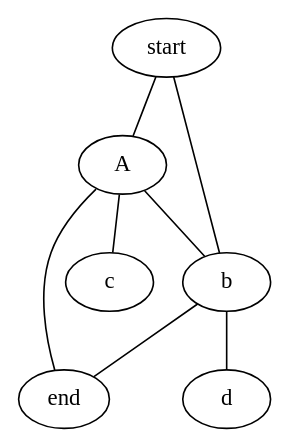
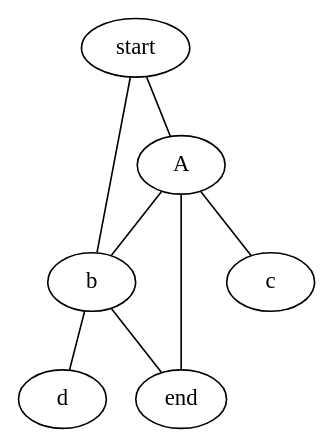
Before and after one commit to AlexanderNenninger/AOC2021: the diagram in output/day_12_test_graph_display.dot, drawn with Graphviz. The commit also changed other lines of this file and 3 other files, not shown here.

```diff
--- a/output/day_12_test_graph_display.dot
+++ b/output/day_12_test_graph_display.dot
@@ -1,9 +1,9 @@
 graph {
+	A -- b
 	A -- end
-	A -- b
+	start -- A
+	start -- b
 	b -- d
 	b -- end
-	start -- A
-	start -- b
 	A -- c
 }
```
